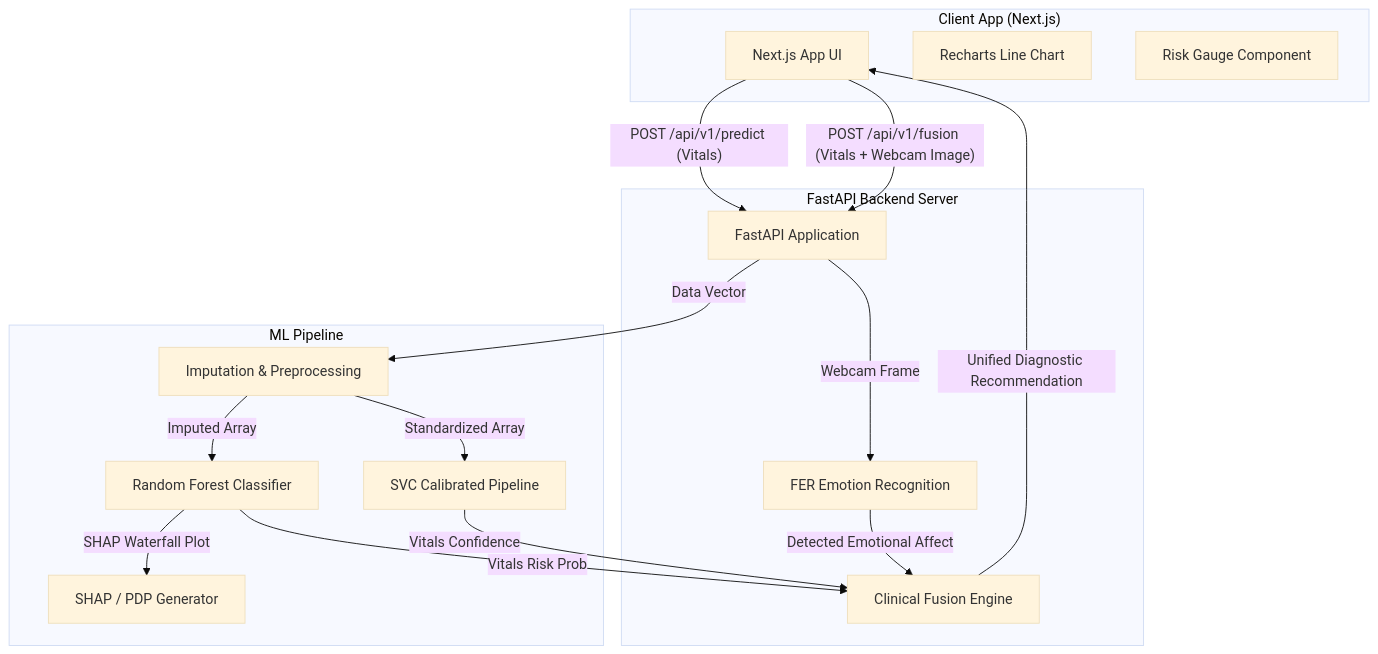
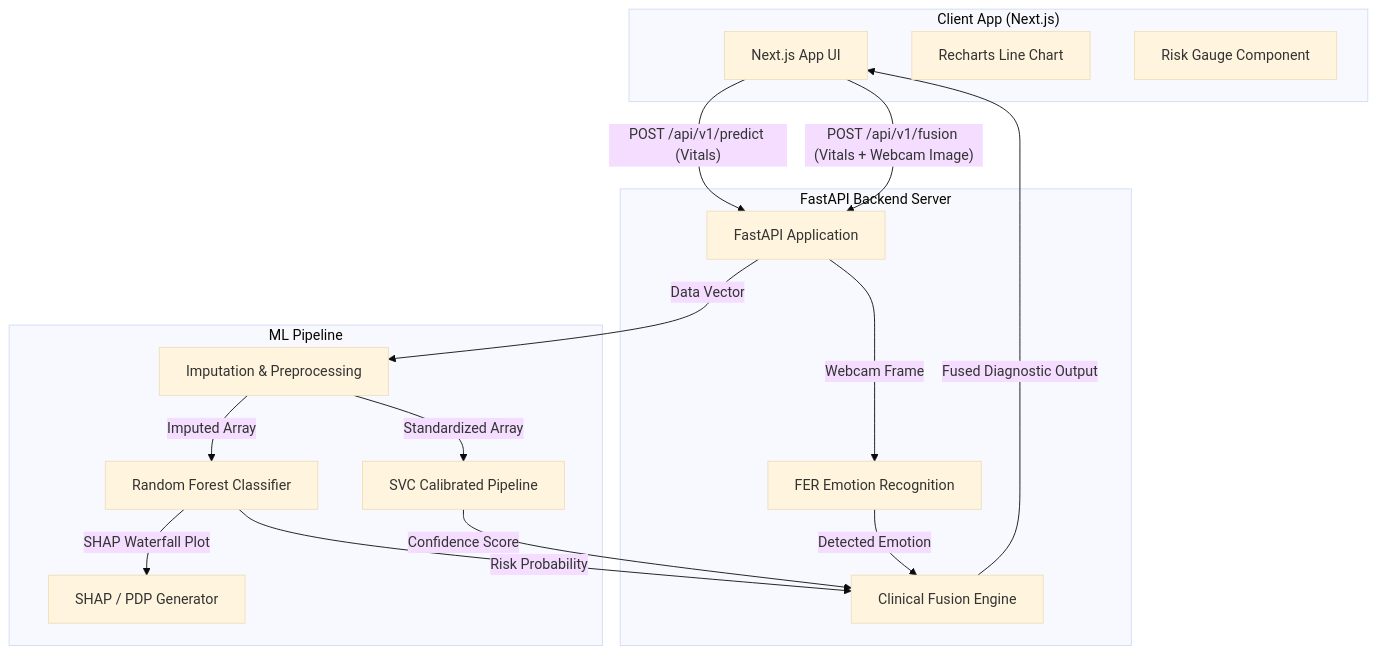
The diagram in README.md (SyedUzaiir/biosense-ai), drawn with Mermaid (base theme) before and after one commit. The commit also changed other lines of this file and 1 other file, not shown here.

````diff
--- a/README.md
+++ b/README.md
@@ -51,36 +47,36 @@
 ```mermaid
 graph TD
     subgraph "Client App (Next.js)"
         C[Next.js App UI]
         C1[Recharts Line Chart]
         C2[Risk Gauge Component]
     end
 
     subgraph "FastAPI Backend Server"
         API[FastAPI Application]
         FE[Clinical Fusion Engine]
         FER[FER Emotion Recognition]
     end
 
     subgraph "ML Pipeline"
         PR[Imputation & Preprocessing]
         RF[Random Forest Classifier]
         SVM[SVC Calibrated Pipeline]
         SHAP[SHAP / PDP Generator]
     end
 
     C -- "POST /api/v1/predict (Vitals)" --> API
     C -- "POST /api/v1/fusion (Vitals + Webcam Image)" --> API
     
     API -- "Data Vector" --> PR
     PR -- "Imputed Array" --> RF
     PR -- "Standardized Array" --> SVM
     API -- "Webcam Frame" --> FER
     
-    RF -- "Vitals Risk Prob" --> FE
-    SVM -- "Vitals Confidence" --> FE
-    FER -- "Detected Emotional Affect" --> FE
+    RF -- "Risk Probability" --> FE
+    SVM -- "Confidence Score" --> FE
+    FER -- "Detected Emotion" --> FE
     
-    FE -- "Unified Diagnostic Recommendation" --> C
+    FE -- "Fused Diagnostic Output" --> C
     RF -- "SHAP Waterfall Plot" --> SHAP
 ```
````
